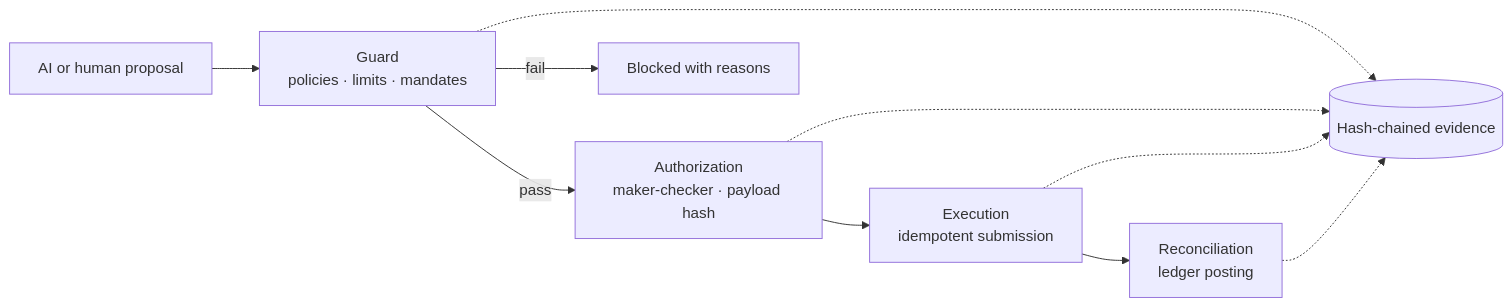
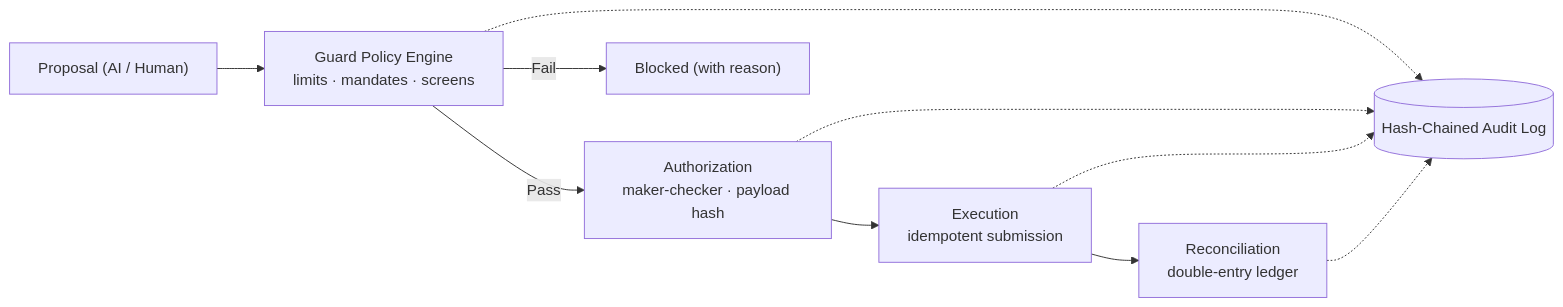
One commit to KOKUTBON/xCAPITAL changed the diagram in README.md. Above: the diagram before and after it, drawn with Mermaid. The commit also changed other lines of this file, not shown here.

````diff
--- a/README.md
+++ b/README.md
@@ -70,12 +90,12 @@
 ```mermaid
 flowchart LR
-  P[AI or human proposal] --> G[Guard<br/>policies · limits · mandates]
-  G -->|pass| A[Authorization<br/>maker-checker · payload hash]
-  G -->|fail| B[Blocked with reasons]
-  A --> E[Execution<br/>idempotent submission]
-  E --> R[Reconciliation<br/>ledger posting]
-  G -.-> L[(Hash-chained evidence)]
+  P["Proposal (AI / Human)"] --> G["Guard Policy Engine<br/>limits · mandates · screens"]
+  G -->|"Pass"| A["Authorization<br/>maker-checker · payload hash"]
+  G -->|"Fail"| B["Blocked (with reason)"]
+  A --> E["Execution<br/>idempotent submission"]
+  E --> R["Reconciliation<br/>double-entry ledger"]
+  G -.-> L[("Hash-Chained Audit Log")]
   A -.-> L
   E -.-> L
   R -.-> L
 ```
````
